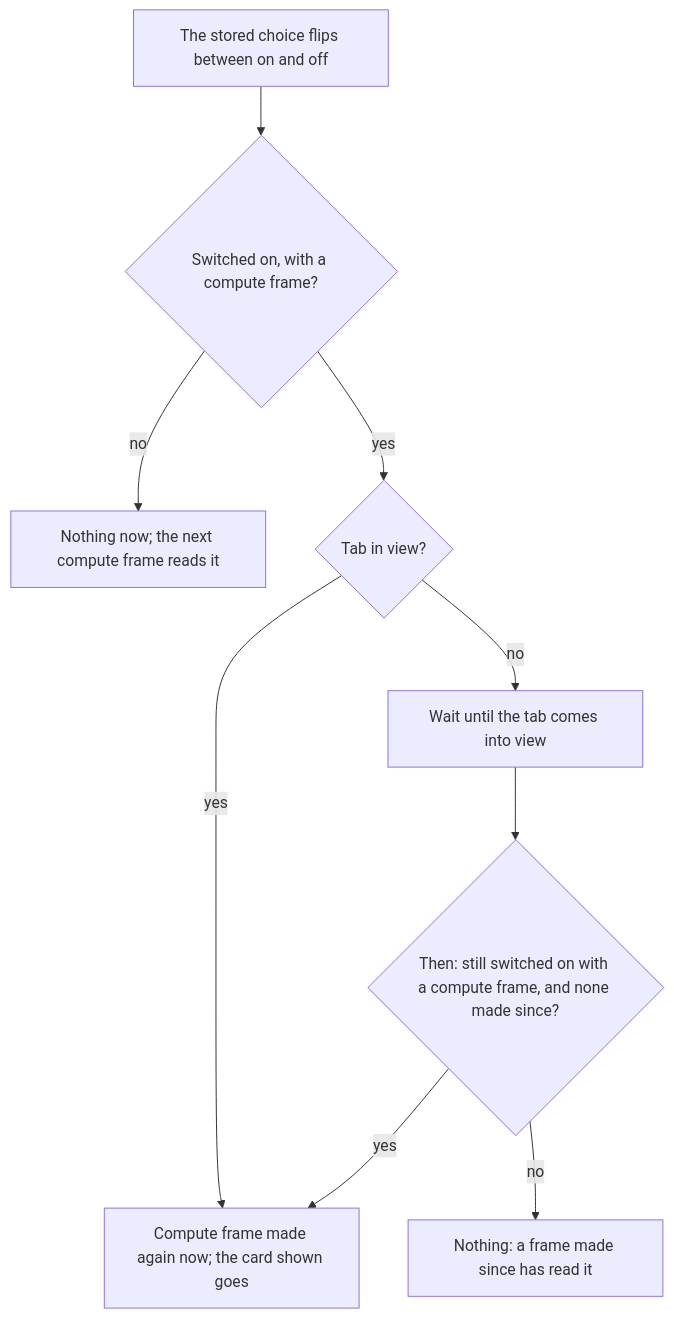
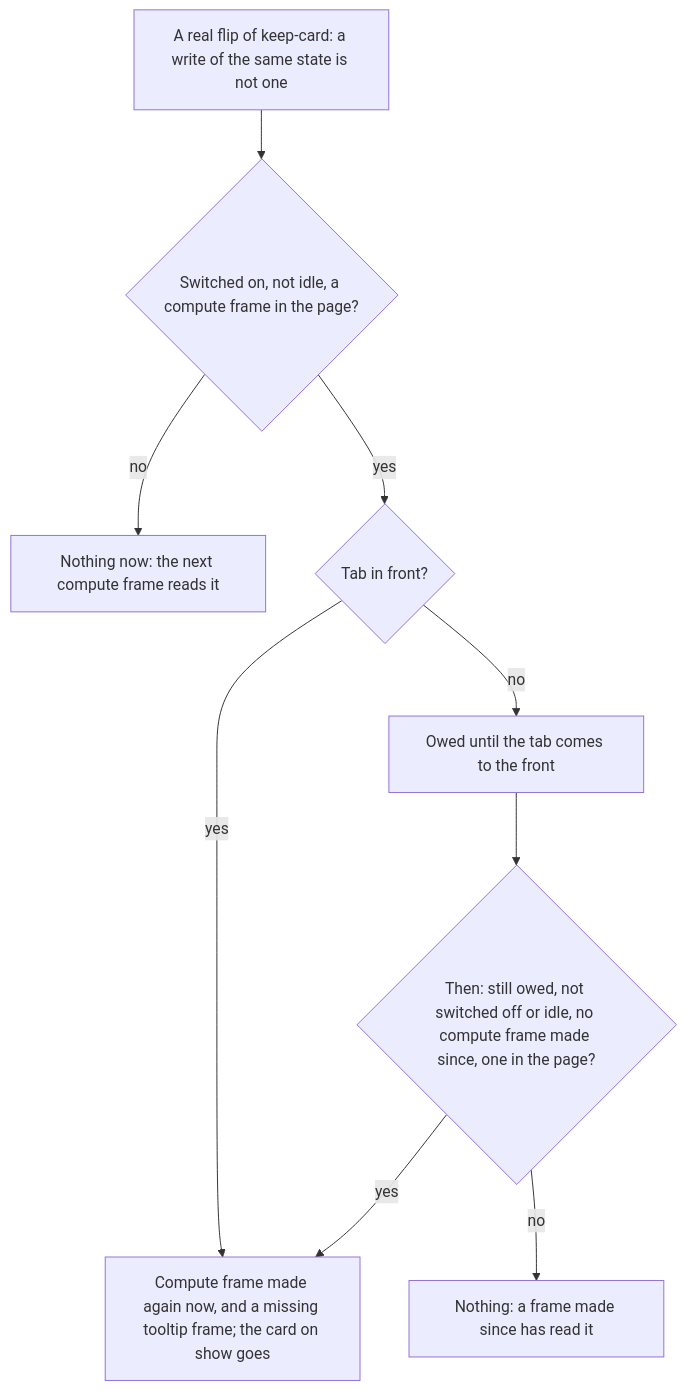
Before and after one commit to ryangswe/duelsight: the eighth of 14 diagrams in docs/hover-map.md, drawn with Mermaid. The commit also changed other lines of this file and 82 other files, not shown here.

````diff
--- a/docs/hover-map.md
+++ b/docs/hover-map.md
@@ -370,19 +425,19 @@
 ```mermaid
 flowchart TD
-  CH["The stored choice flips between on and off"]
-  HAS{"Switched on, with a compute frame?"}
-  NEXT["Nothing now; the next compute frame reads it"]
-  VIS{"Tab in view?"}
-  NOW["Compute frame made again now; the card shown goes"]
-  LATER["Wait until the tab comes into view"]
-  STILL{"Then: still switched on with a compute frame, and none made since?"}
+  CH["A real flip of keep-card: a write of the same state is not one"]
+  HAS{"Switched on, not idle, a compute frame in the page?"}
+  NEXT["Nothing now: the next compute frame reads it"]
+  VIS{"Tab in front?"}
+  NOW["Compute frame made again now, and a missing tooltip frame; the card on show goes"]
+  LATER["Owed until the tab comes to the front"]
+  STILL{"Then: still owed, not switched off or idle, no compute frame made since, one in the page?"}
   DONE["Nothing: a frame made since has read it"]
 
   CH --> HAS
   HAS -->|"no"| NEXT
   HAS -->|"yes"| VIS
   VIS -->|"yes"| NOW
   VIS -->|"no"| LATER --> STILL
   STILL -->|"yes"| NOW
   STILL -->|"no"| DONE
 ```
````
